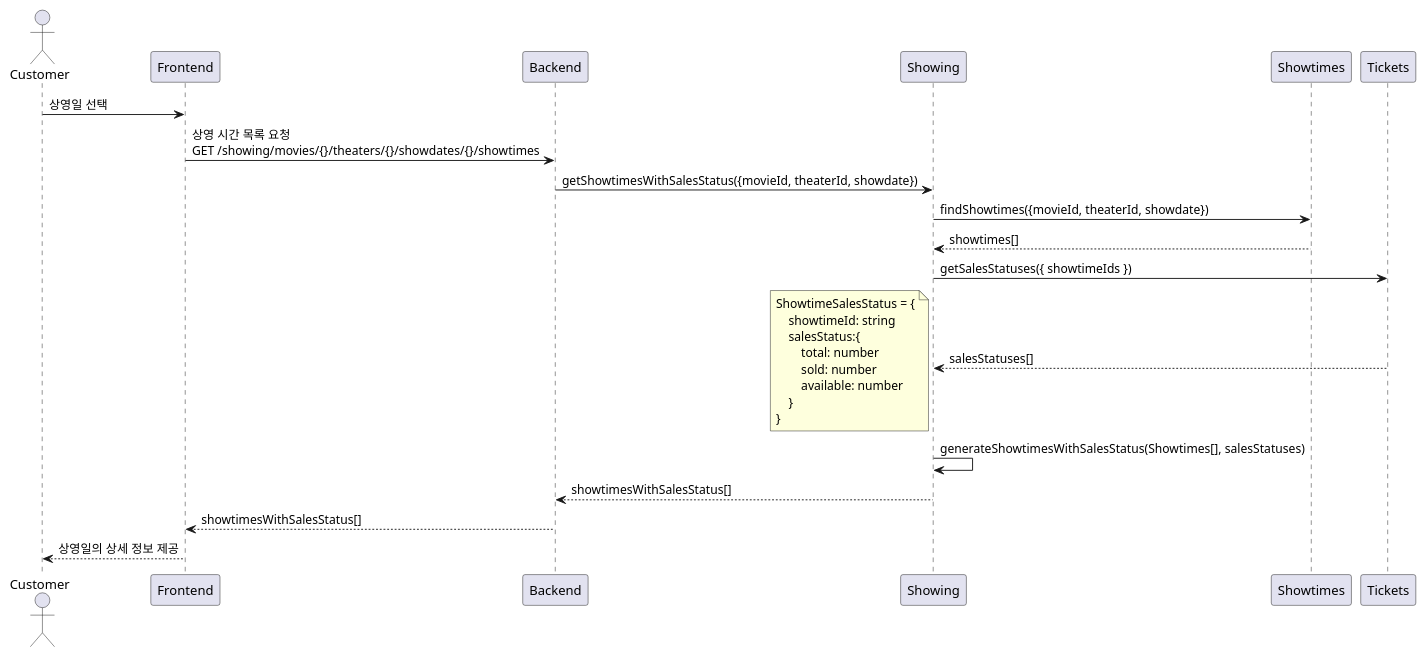
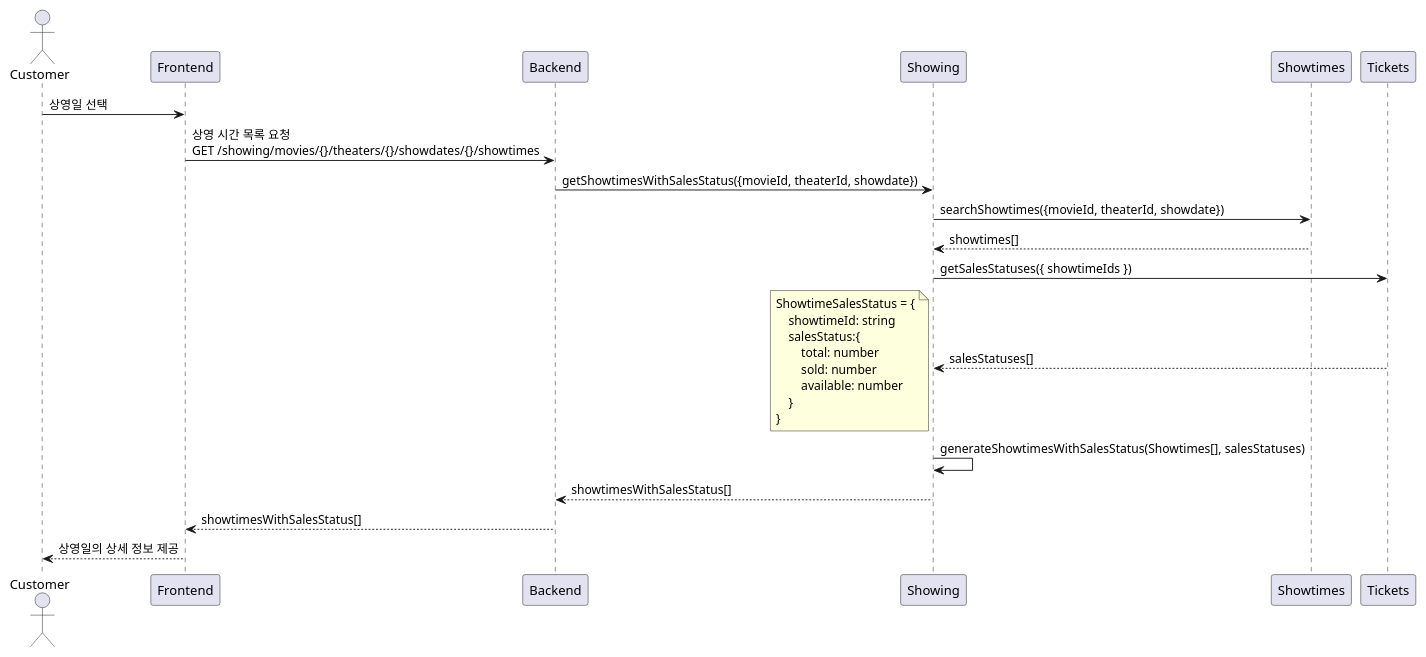
The fourth of 6 diagrams in docs/_old/tickets-purchase.md (songminkyu/nest-msa), drawn with PlantUML before and after one commit. The commit also changed other lines of this file and 41 other files, not shown here.

````diff
--- a/docs/_old/tickets-purchase.md
+++ b/docs/_old/tickets-purchase.md
@@ -130,27 +130,27 @@
 ```plantuml
 @startuml
 actor Customer
 
 Customer -> Frontend : 상영일 선택
     Frontend -> Backend : 상영 시간 목록 요청\nGET /showing/movies/{}/theaters/{}/showdates/{}/showtimes
         Backend -> Showing: getShowtimesWithSalesStatus({movieId, theaterId, showdate})
-            Showing -> Showtimes: findShowtimes({movieId, theaterId, showdate})
+            Showing -> Showtimes: searchShowtimes({movieId, theaterId, showdate})
             Showing <-- Showtimes: showtimes[]
             Showing -> Tickets: getSalesStatuses({ showtimeIds })
             Showing <-- Tickets: salesStatuses[]
             note left
             ShowtimeSalesStatus = {
                 showtimeId: string
                 salesStatus:{
                     total: number
                     sold: number
                     available: number
                 }
             }
             end note
             Showing -> Showing: generateShowtimesWithSalesStatus(Showtimes[], salesStatuses)
         Backend <-- Showing: showtimesWithSalesStatus[]
     Frontend <-- Backend : showtimesWithSalesStatus[]
 Customer <-- Frontend : 상영일의 상세 정보 제공
 @enduml
 ```
````
